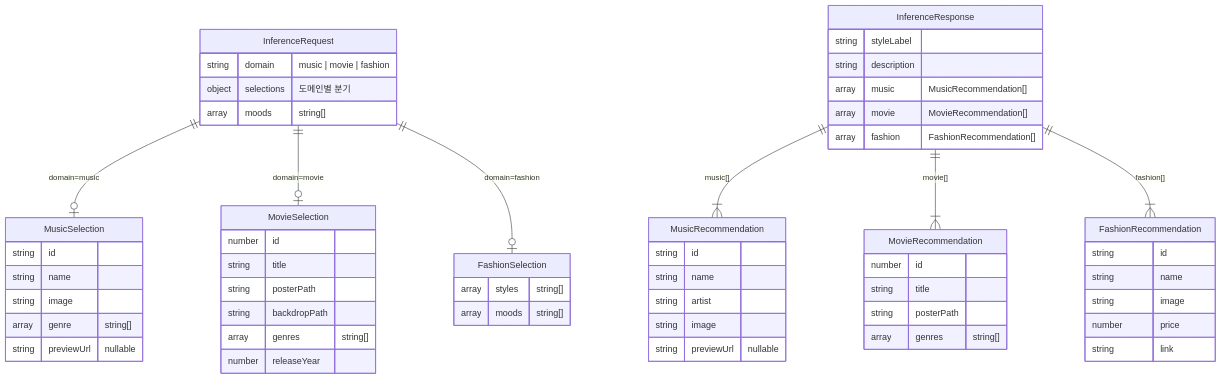
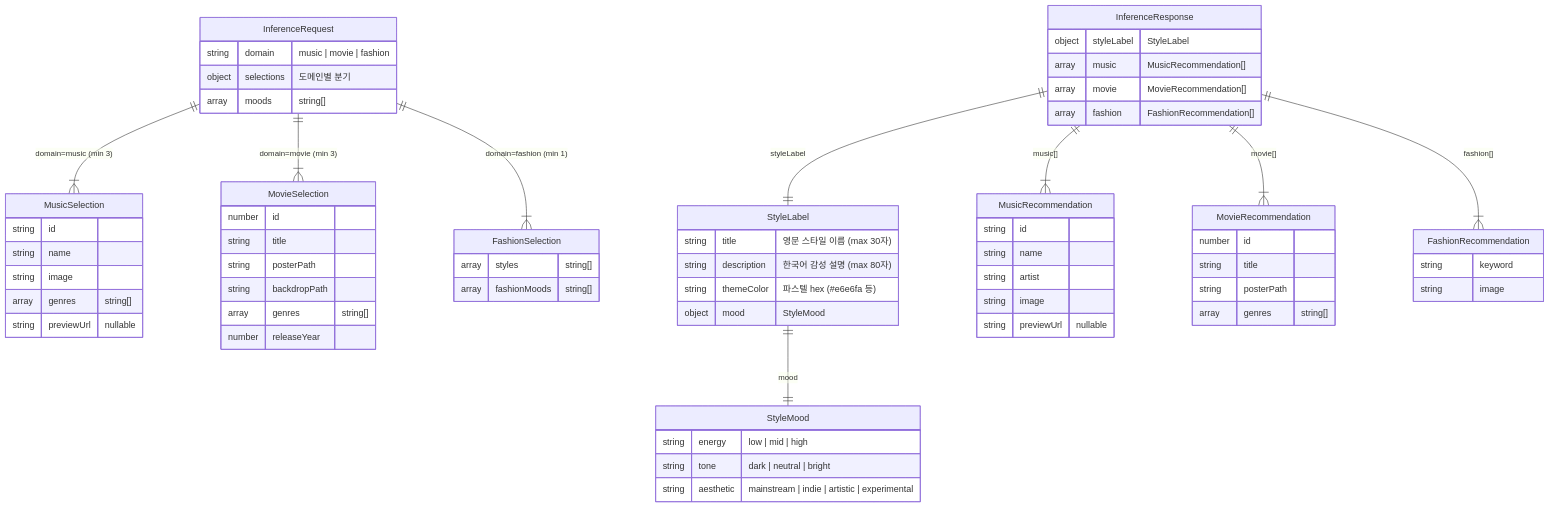
The diagram in docs/inference-schema.md (Style-Sync/stylesync), drawn with Mermaid before and after one commit. The commit also changed other lines of this file and 10 other files, not shown here.

````diff
--- a/docs/inference-schema.md
+++ b/docs/inference-schema.md
@@ -25,68 +25,79 @@
 ```mermaid
 erDiagram
     InferenceRequest {
         string  domain       "music | movie | fashion"
         object  selections   "도메인별 분기"
         array   moods        "string[]"
     }
 
     MusicSelection {
         string  id
         string  name
         string  image
-        array   genre        "string[]"
+        array   genres       "string[]"
         string  previewUrl   "nullable"
     }
 
     MovieSelection {
         number  id
         string  title
         string  posterPath
         string  backdropPath
         array   genres       "string[]"
         number  releaseYear
     }
 
     FashionSelection {
         array   styles       "string[]"
-        array   moods        "string[]"
+        array   fashionMoods "string[]"
+    }
+
+    StyleMood {
+        string  energy       "low | mid | high"
+        string  tone         "dark | neutral | bright"
+        string  aesthetic    "mainstream | indie | artistic | experimental"
+    }
+
+    StyleLabel {
+        string  title        "영문 스타일 이름 (max 30자)"
+        string  description  "한국어 감성 설명 (max 80자)"
+        string  themeColor   "파스텔 hex (#e6e6fa 등)"
+        object  mood         "StyleMood"
     }
 
     InferenceResponse {
-        string  styleLabel
-        string  description
+        object  styleLabel   "StyleLabel"
         array   music        "MusicRecommendation[]"
         array   movie        "MovieRecommendation[]"
         array   fashion      "FashionRecommendation[]"
     }
 
     MusicRecommendation {
         string  id
         string  name
         string  artist
         string  image
         string  previewUrl   "nullable"
     }
 
     MovieRecommendation {
         number  id
         string  title
         string  posterPath
         array   genres       "string[]"
     }
 
     FashionRecommendation {
-        string  id
-        string  name
+        string  keyword
         string  image
-        number  price
-        string  link
     }
 
-    InferenceRequest ||--o| MusicSelection    : "domain=music"
-    InferenceRequest ||--o| MovieSelection    : "domain=movie"
-    InferenceRequest ||--o| FashionSelection  : "domain=fashion"
+    InferenceRequest ||--|{ MusicSelection    : "domain=music (min 3)"
+    InferenceRequest ||--|{ MovieSelection    : "domain=movie (min 3)"
+    InferenceRequest ||--|{ FashionSelection  : "domain=fashion (min 1)"
+    StyleLabel ||--|| StyleMood             : "mood"
+    InferenceResponse ||--|| StyleLabel          : "styleLabel"
     InferenceResponse ||--|{ MusicRecommendation   : "music[]"
     InferenceResponse ||--|{ MovieRecommendation   : "movie[]"
     InferenceResponse ||--|{ FashionRecommendation : "fashion[]"
 ```
````
